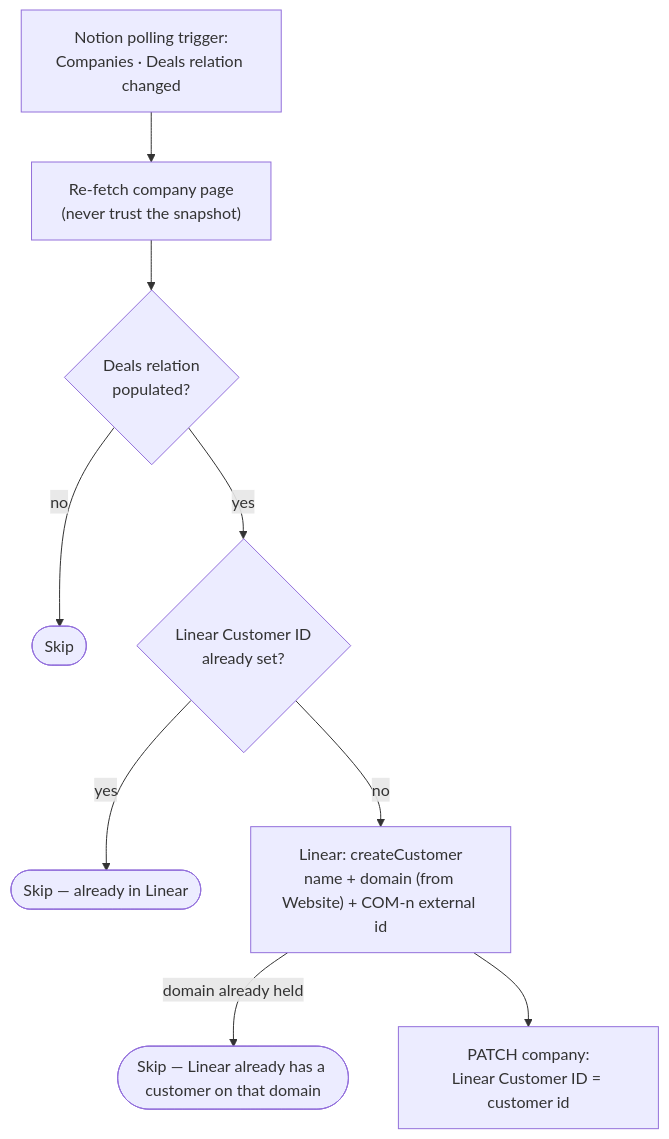
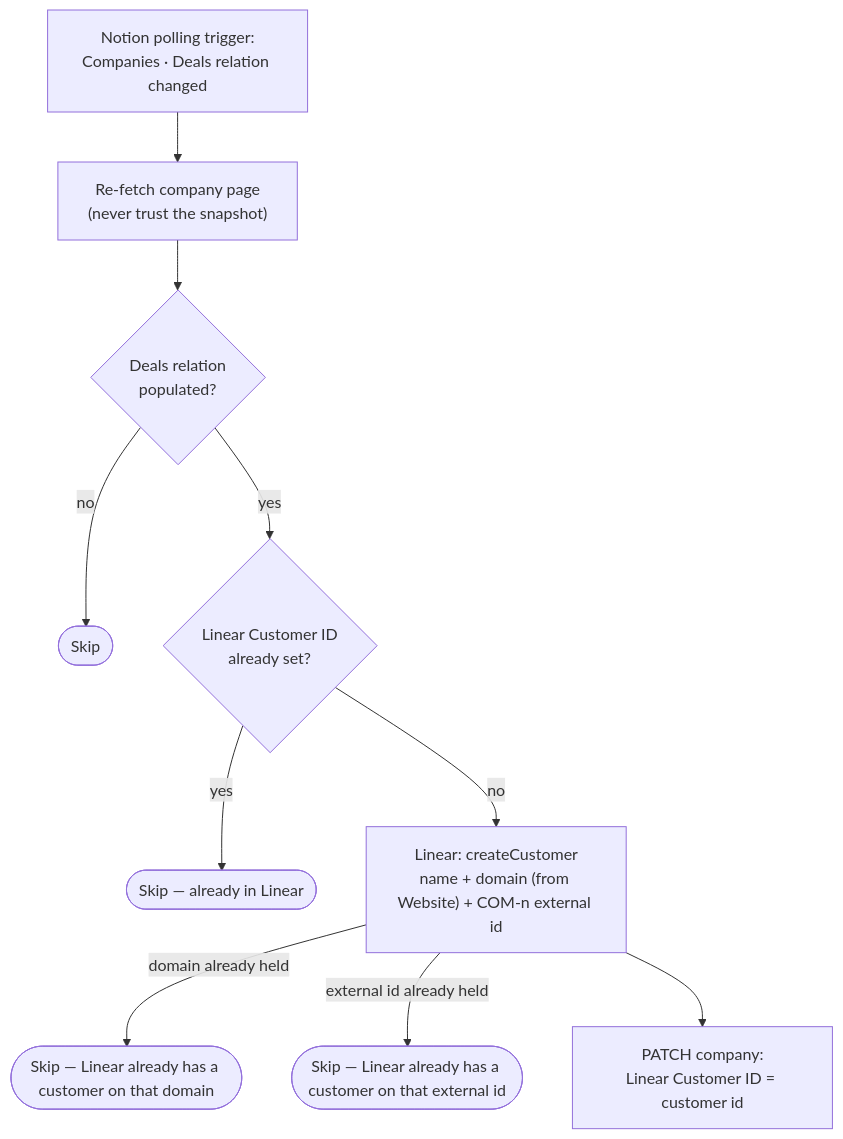
The diagram in notion-company-to-linear-customer/README.md (work-flowers/zapier-sdk), drawn with Mermaid before and after one commit. The commit also changed other lines of this file and 2 other files, not shown here.

````diff
--- a/notion-company-to-linear-customer/README.md
+++ b/notion-company-to-linear-customer/README.md
@@ -19,11 +19,12 @@
 ```mermaid
 flowchart TD
     A["Notion polling trigger:<br/>Companies · Deals relation changed"] --> B["Re-fetch company page<br/>(never trust the snapshot)"]
     B --> C{"Deals relation<br/>populated?"}
     C -- no --> S1(["Skip"])
     C -- yes --> D{"Linear Customer ID<br/>already set?"}
     D -- yes --> S2(["Skip — already in Linear"])
     D -- no --> E["Linear: createCustomer<br/>name + domain (from Website) + COM-n external id"]
     E -- "domain already held" --> S3(["Skip — Linear already has a customer on that domain"])
+    E -- "external id already held" --> S4(["Skip — Linear already has a customer on that external id"])
     E --> F["PATCH company:<br/>Linear Customer ID = customer id"]
 ```
````
